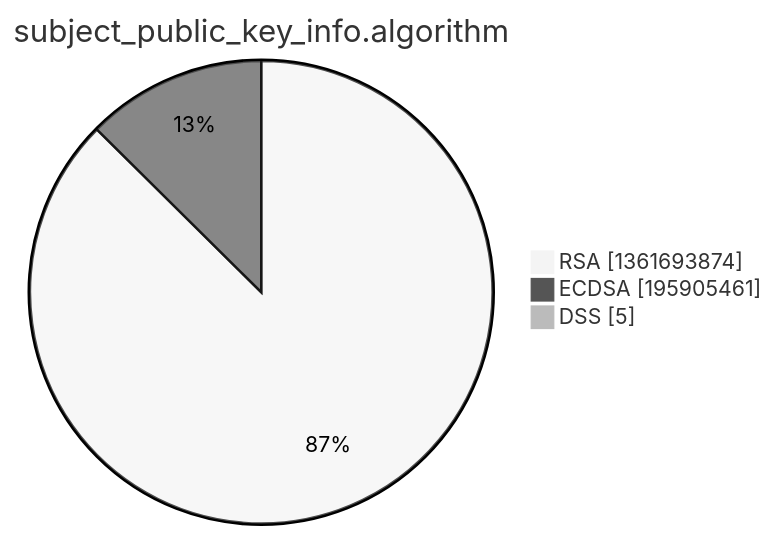
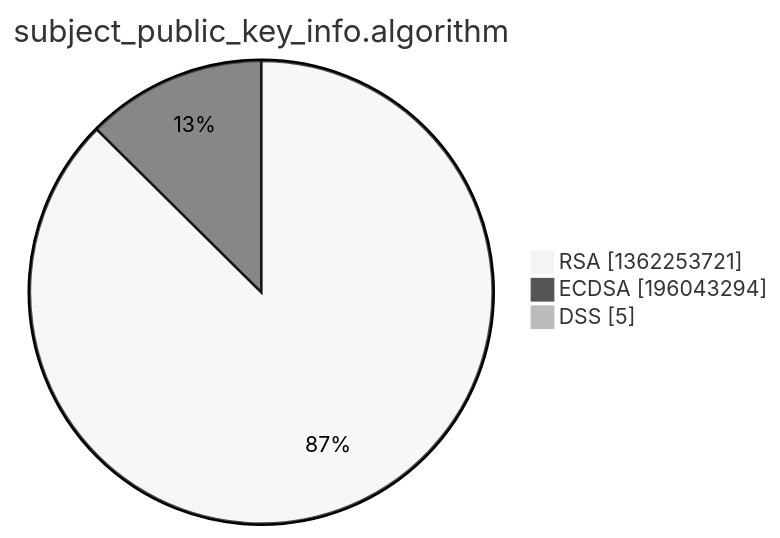
Before and after one commit to christiankrug/ctmonitor_visualization: the third of 15 diagrams in xenon2022/README.md, drawn with Mermaid (neutral theme). The commit also changed other lines of this file, not shown here.

````diff
--- a/xenon2022/README.md
+++ b/xenon2022/README.md
@@ -14,7 +14,7 @@
 ```mermaid
 pie showData
 title subject_public_key_info.algorithm
-"RSA" :1361693874
-"ECDSA" :195905461
+"RSA" :1362253721
+"ECDSA" :196043294
 "DSS" :5
 ```
````
